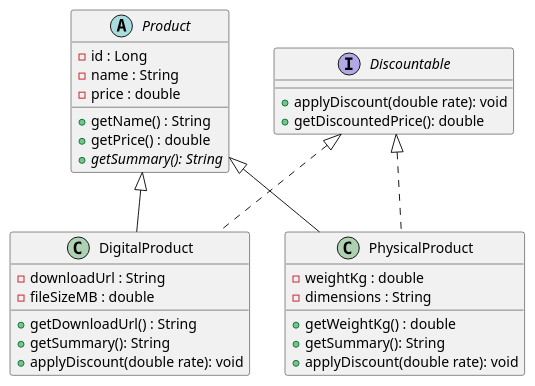
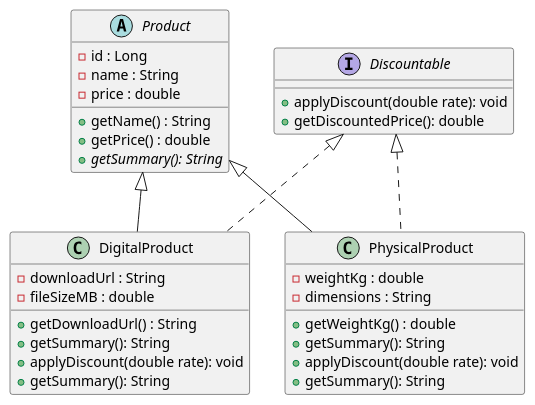
The diagram in uml/abstraction.puml (susantp/class-practise), drawn with PlantUML before and after one commit.

Commit message:
chore: override getSummary

```diff
--- a/uml/abstraction.puml
+++ b/uml/abstraction.puml
@@ -1,33 +1,35 @@
 @startuml
 abstract class Product {
 - id : Long
 - name : String
 - price : double
 + getName() : String
 + getPrice() : double
 {abstract} + getSummary(): String
 }
 class DigitalProduct {
 - downloadUrl : String
 - fileSizeMB : double
 + getDownloadUrl() : String
 + getSummary(): String
 + applyDiscount(double rate): void
++ getSummary(): String
 }
 class PhysicalProduct {
 - weightKg : double
 - dimensions : String
 + getWeightKg() : double
 + getSummary(): String
 + applyDiscount(double rate): void
++ getSummary(): String
 }
 interface Discountable {
 + applyDiscount(double rate): void
 + getDiscountedPrice(): double
 }
 Product <|-- DigitalProduct
 Product <|-- PhysicalProduct
 Discountable <|.. DigitalProduct
 Discountable <|.. PhysicalProduct
 
 @enduml
```
